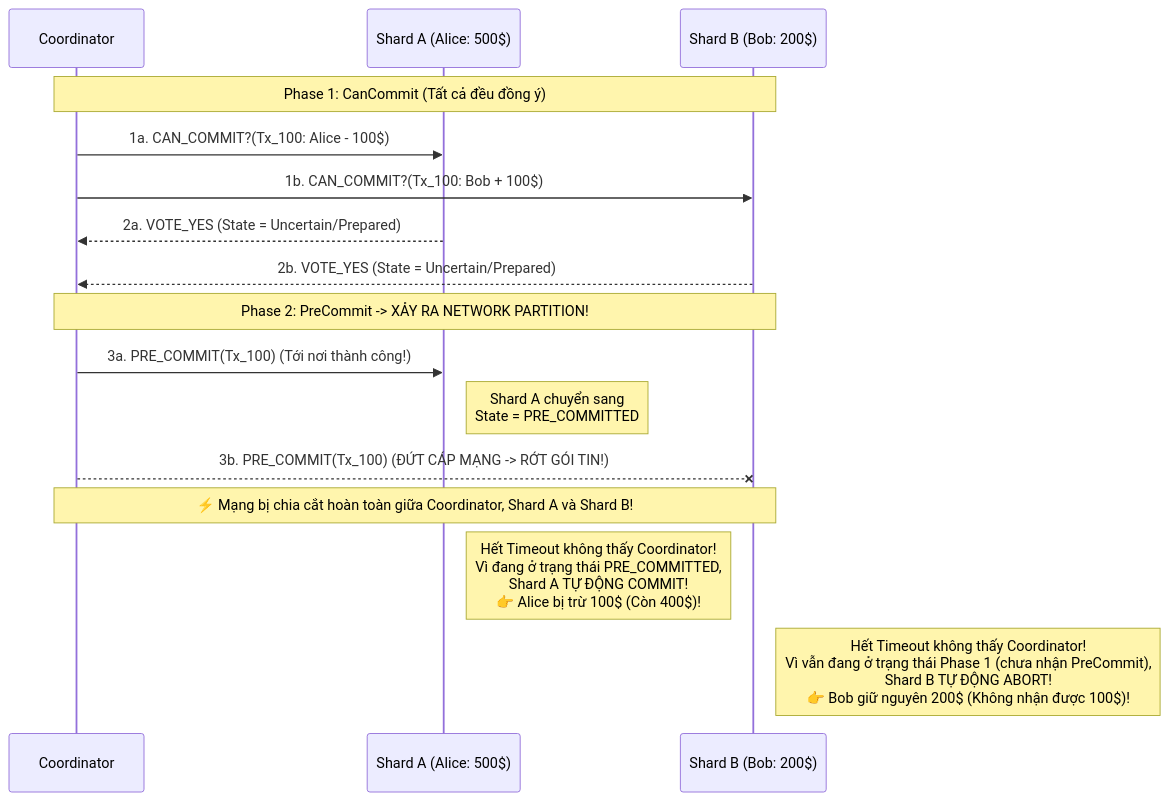
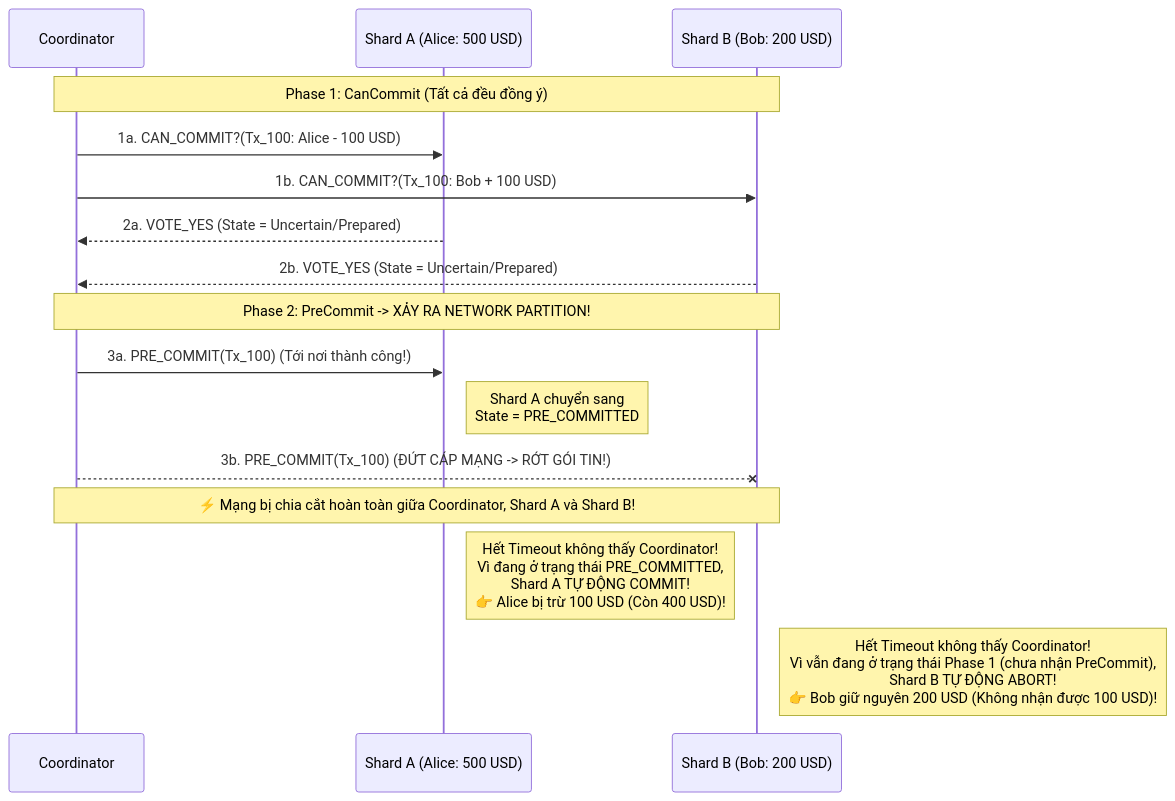
The second of 4 diagrams in docs/Database-Internals-Notes/database-internals-chapter13.vi.md (namaewanam/namaewanam.github.io), drawn with Mermaid before and after one commit. The commit also changed other lines of this file and 54 other files, not shown here.

Commit message:
docs(database-internals): add beginner guides, glossaries, and diagrams

````diff
--- a/docs/Database-Internals-Notes/database-internals-chapter13.vi.md
+++ b/docs/Database-Internals-Notes/database-internals-chapter13.vi.md
@@ -200,21 +265,21 @@
 ```mermaid
 sequenceDiagram
     participant C as Coordinator
-    participant SA as Shard A (Alice: 500$)
-    participant SB as Shard B (Bob: 200$)
+    participant SA as Shard A (Alice: 500 USD)
+    participant SB as Shard B (Bob: 200 USD)
 
     Note over C,SB: Phase 1: CanCommit (Tất cả đều đồng ý)
-    C->>SA: 1a. CAN_COMMIT?(Tx_100: Alice - 100$)
-    C->>SB: 1b. CAN_COMMIT?(Tx_100: Bob + 100$)
+    C->>SA: 1a. CAN_COMMIT?(Tx_100: Alice - 100 USD)
+    C->>SB: 1b. CAN_COMMIT?(Tx_100: Bob + 100 USD)
     SA-->>C: 2a. VOTE_YES (State = Uncertain/Prepared)
     SB-->>C: 2b. VOTE_YES (State = Uncertain/Prepared)
 
     Note over C,SB: Phase 2: PreCommit -> XẢY RA NETWORK PARTITION!
     C->>SA: 3a. PRE_COMMIT(Tx_100) (Tới nơi thành công!)
     Note right of SA: Shard A chuyển sang<br/>State = PRE_COMMITTED
     C--xSB: 3b. PRE_COMMIT(Tx_100) (ĐỨT CÁP MẠNG -> RỚT GÓI TIN!)
     Note over C,SB: ⚡ Mạng bị chia cắt hoàn toàn giữa Coordinator, Shard A và Shard B!
 
-    Note right of SA: Hết Timeout không thấy Coordinator!<br/>Vì đang ở trạng thái PRE_COMMITTED,<br/>Shard A TỰ ĐỘNG COMMIT!<br/>👉 Alice bị trừ 100$ (Còn 400$)!
-    Note right of SB: Hết Timeout không thấy Coordinator!<br/>Vì vẫn đang ở trạng thái Phase 1 (chưa nhận PreCommit),<br/>Shard B TỰ ĐỘNG ABORT!<br/>👉 Bob giữ nguyên 200$ (Không nhận được 100$)!
+    Note right of SA: Hết Timeout không thấy Coordinator!<br/>Vì đang ở trạng thái PRE_COMMITTED,<br/>Shard A TỰ ĐỘNG COMMIT!<br/>👉 Alice bị trừ 100 USD (Còn 400 USD)!
+    Note right of SB: Hết Timeout không thấy Coordinator!<br/>Vì vẫn đang ở trạng thái Phase 1 (chưa nhận PreCommit),<br/>Shard B TỰ ĐỘNG ABORT!<br/>👉 Bob giữ nguyên 200 USD (Không nhận được 100 USD)!
 ```
````
